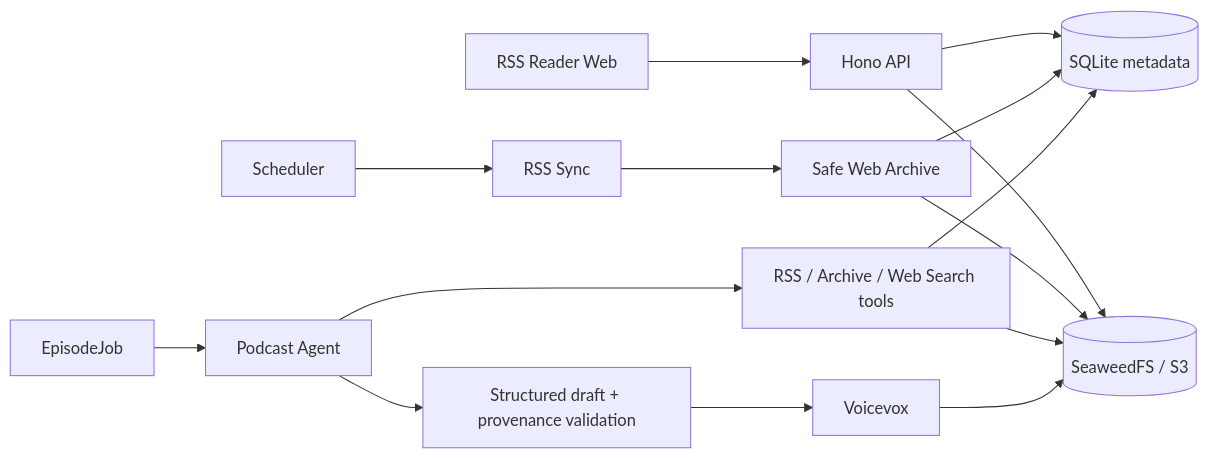
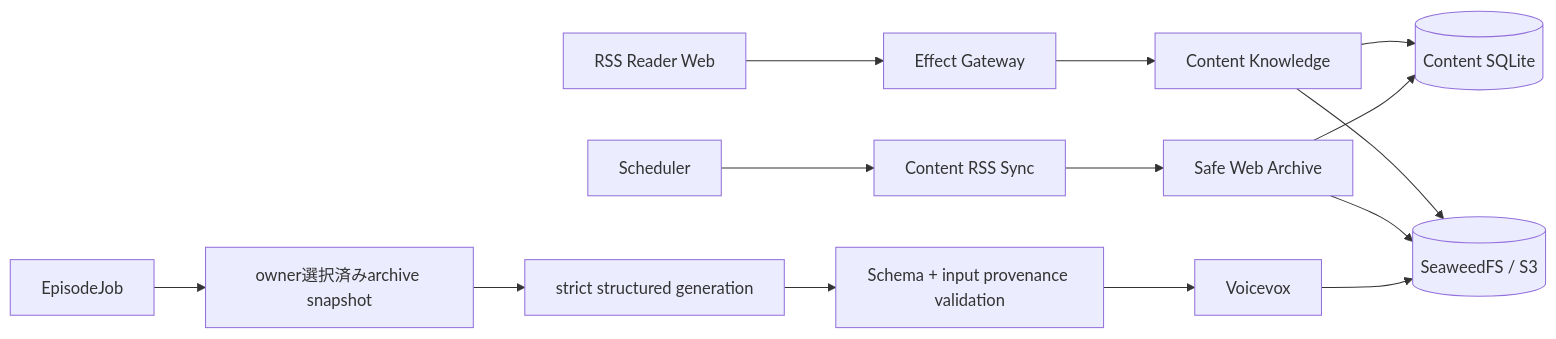
One commit to r4ai/news-podcast changed the third of 5 diagrams in docs/design.md. Above: the diagram before and after it, drawn with Mermaid. The commit also changed other lines of this file and 9 other files, not shown here.

Commit message:
docs(architecture): close functional DDD migration

````diff
--- a/docs/design.md
+++ b/docs/design.md
@@ -158,17 +154,16 @@
 ```mermaid
 flowchart LR
-  Web["RSS Reader Web"] --> API["Hono API"]
-  API --> DB[("SQLite metadata")]
-  API --> S3[("SeaweedFS / S3")]
-  Scheduler --> Sync["RSS Sync"]
+  Web["RSS Reader Web"] --> API["Effect Gateway"]
+  API --> Content["Content Knowledge"]
+  Content --> DB[("Content SQLite")]
+  Content --> S3[("SeaweedFS / S3")]
+  Scheduler --> Sync["Content RSS Sync"]
   Sync --> Archive["Safe Web Archive"]
   Archive --> S3
   Archive --> DB
-  EpisodeJob --> Agent["Podcast Agent"]
-  Agent --> Tools["RSS / Archive / Web Search tools"]
-  Tools --> DB
-  Tools --> S3
-  Agent --> Verify["Structured draft + provenance validation"]
+  EpisodeJob --> Input["owner選択済みarchive snapshot"]
+  Input --> Generate["strict structured generation"]
+  Generate --> Verify["Schema + input provenance validation"]
   Verify --> Voicevox
   Voicevox --> S3
 ```
````
